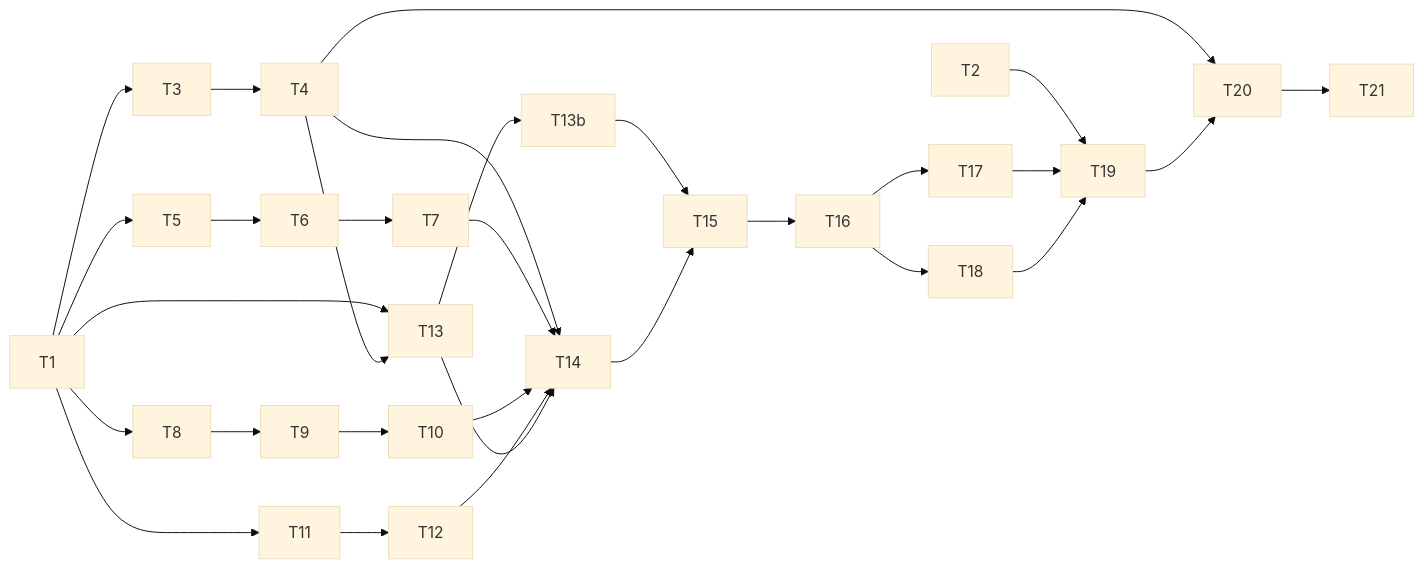
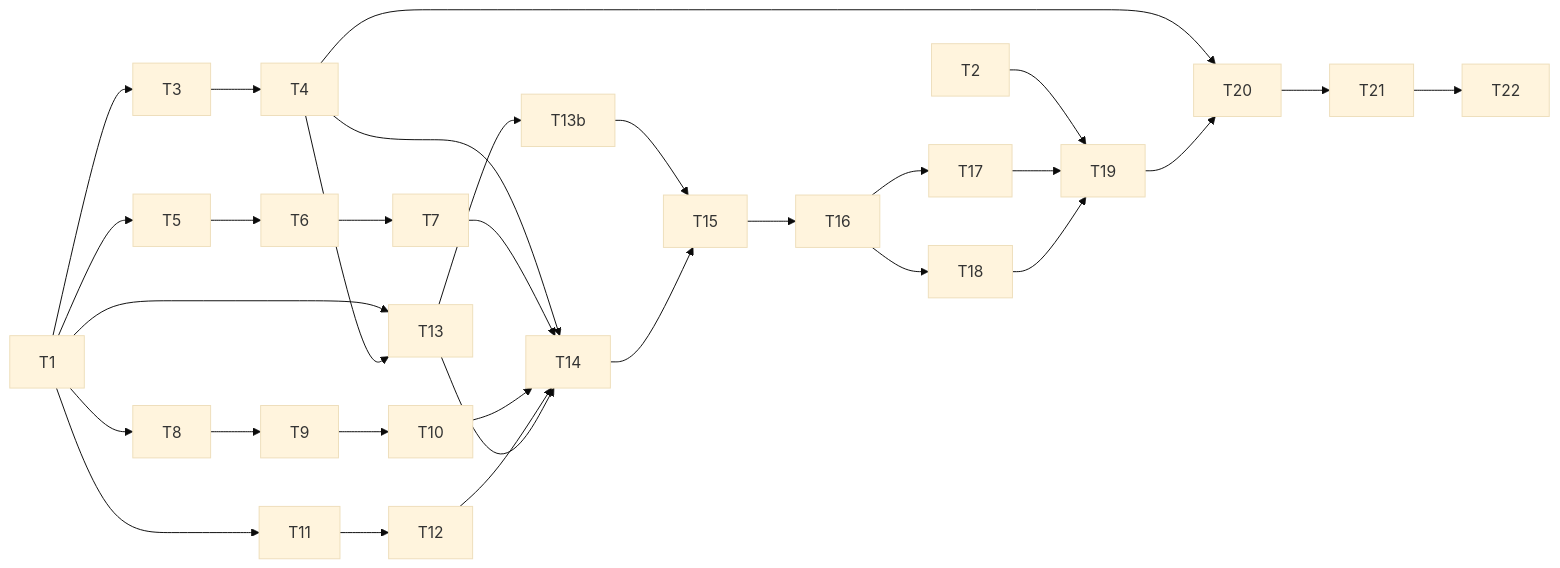
One commit to paggybansal/agentic-sdlc-docsync changed the diagram in docs/04-impl-plan.md. Above: the diagram before and after it, drawn with Mermaid (base theme). The commit also changed other lines of this file, not shown here.

````diff
--- a/docs/04-impl-plan.md
+++ b/docs/04-impl-plan.md
@@ -80,32 +83,33 @@
 ```mermaid
 flowchart LR
     T1 --> T3
     T3 --> T4
     T1 --> T5
     T5 --> T6
     T6 --> T7
     T1 --> T8
     T8 --> T9
     T9 --> T10
     T1 --> T11
     T11 --> T12
     T1 --> T13
     T4 --> T13
     T4 --> T14
     T7 --> T14
     T10 --> T14
     T12 --> T14
     T13 --> T14
     T13 --> T13b
     T13b --> T15
     T14 --> T15
     T15 --> T16
     T16 --> T17
     T16 --> T18
     T2 --> T19
     T17 --> T19
     T18 --> T19
     T4 --> T20
     T19 --> T20
     T20 --> T21
+    T21 --> T22
 ```
````
